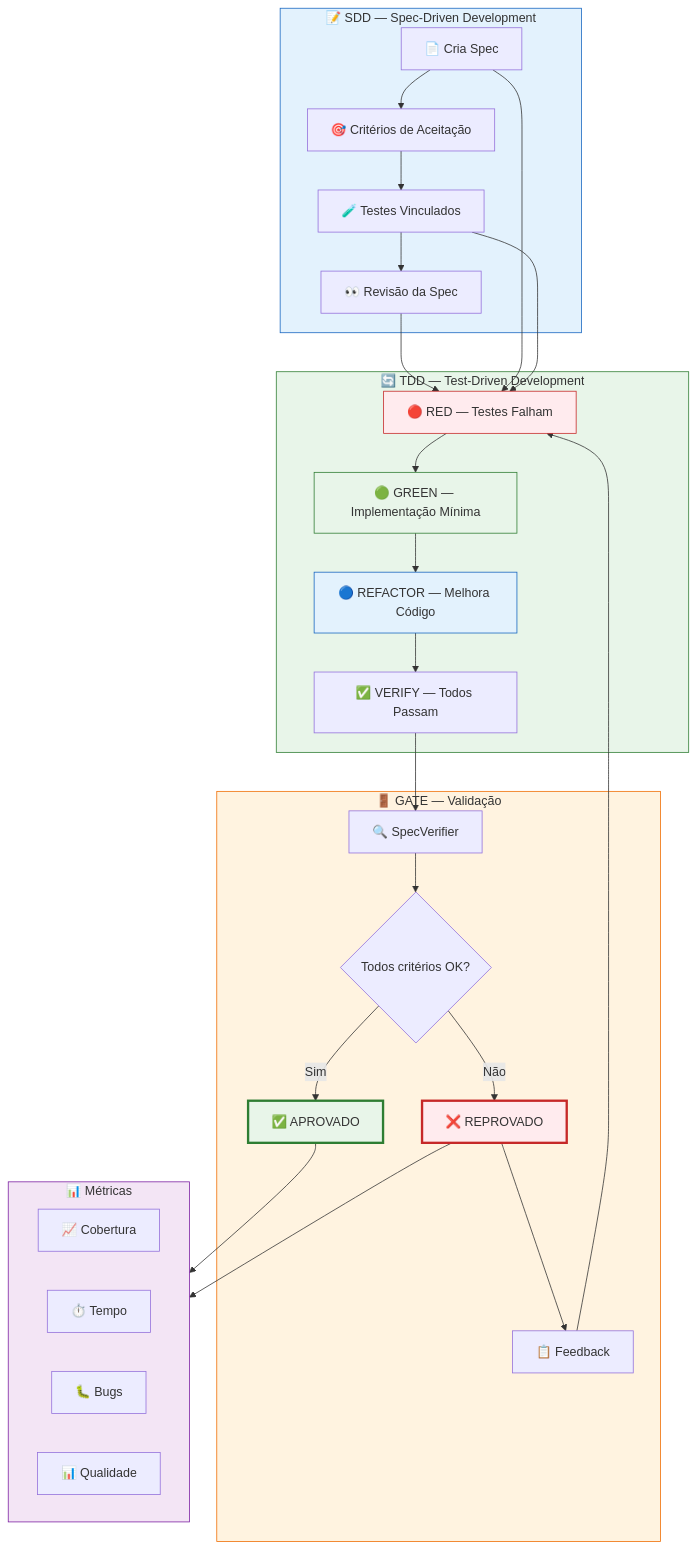
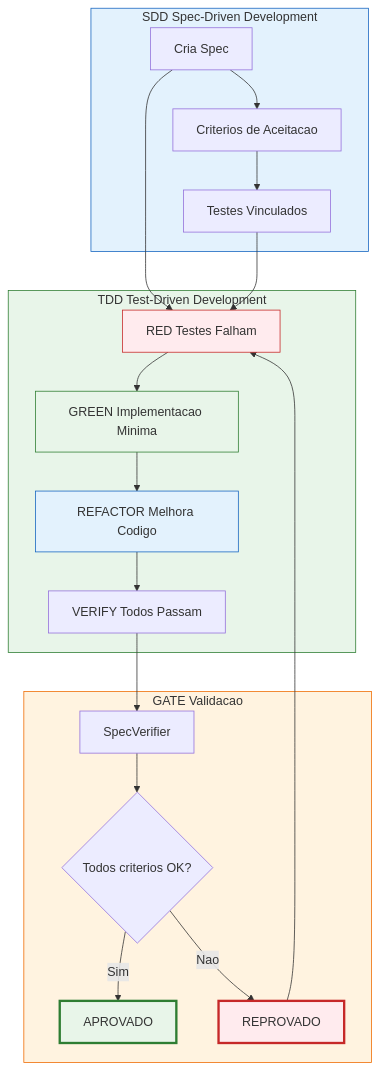
One commit to MarceloClaro/opencode-ecosystem-core changed diagram 11 of 22 in README.md. Above: the diagram before and after it, drawn with Mermaid. The commit also changed other lines of this file, not shown here.

````diff
--- a/README.md
+++ b/README.md
@@ -799,50 +727,36 @@
 ```mermaid
 flowchart TD
-    subgraph SDD ["📝 SDD — Spec-Driven Development"]
-        SPEC1["📄 Cria Spec"]
-        SPEC1 --> CRIT["🎯 Critérios de Aceitação"]
-        CRIT --> TESTS["🧪 Testes Vinculados"]
-        TESTS --> REVIEW["👀 Revisão da Spec"]
+    subgraph SDD ["SDD Spec-Driven Development"]
+        SPEC1["Cria Spec"]
+        SPEC1 --> CRIT["Criterios de Aceitacao"]
+        CRIT --> TESTS["Testes Vinculados"]
     end
 
-    subgraph TDD ["🔄 TDD — Test-Driven Development"]
-        RED["🔴 RED — Testes Falham"]
-        RED --> GREEN["🟢 GREEN — Implementação Mínima"]
-        GREEN --> REFACTOR["🔵 REFACTOR — Melhora Código"]
-        REFACTOR --> VERIFY["✅ VERIFY — Todos Passam"]
+    subgraph TDD ["TDD Test-Driven Development"]
+        RED["RED Testes Falham"]
+        RED --> GREEN["GREEN Implementacao Minima"]
+        GREEN --> REFACTOR["REFACTOR Melhora Codigo"]
+        REFACTOR --> VERIFY["VERIFY Todos Passam"]
     end
 
-    subgraph GATE ["🚪 GATE — Validação"]
-        GATE1["🔍 SpecVerifier"]
-        GATE1 --> CHECK{"Todos critérios OK?"}
-        CHECK -->|Sim| APPROVE["✅ APROVADO"]
-        CHECK -->|Não| REJECT["❌ REPROVADO"]
-        REJECT --> FEEDBACK["📋 Feedback"]
-        FEEDBACK --> RED
+    subgraph GATE ["GATE Validacao"]
+        GATE1["SpecVerifier"]
+        GATE1 --> CHECK{"Todos criterios OK?"}
+        CHECK -->|Sim| APPROVE["APROVADO"]
+        CHECK -->|Nao| REJECT["REPROVADO"]
+        REJECT --> RED
     end
 
-    subgraph METRICS ["📊 Métricas"]
-        M1["📈 Cobertura"]
-        M2["⏱️ Tempo"]
-        M3["🐛 Bugs"]
-        M4["📊 Qualidade"]
-    end
-
-    REVIEW --> RED
     SPEC1 --> RED
     TESTS --> RED
     VERIFY --> GATE1
 
-    APPROVE --> METRICS
-    REJECT --> METRICS
-
     style SDD fill:#e3f2fd,stroke:#1565c0
     style TDD fill:#e8f5e9,stroke:#2e7d32
     style GATE fill:#fff3e0,stroke:#ef6c00
-    style METRICS fill:#f3e5f5,stroke:#7b1fa2
     style RED fill:#ffebee,stroke:#c62828
     style GREEN fill:#e8f5e9,stroke:#2e7d32
     style REFACTOR fill:#e3f2fd,stroke:#1565c0
     style APPROVE fill:#e8f5e9,stroke:#2e7d32,stroke-width:3px
     style REJECT fill:#ffebee,stroke:#c62828,stroke-width:3px
 ```
````
